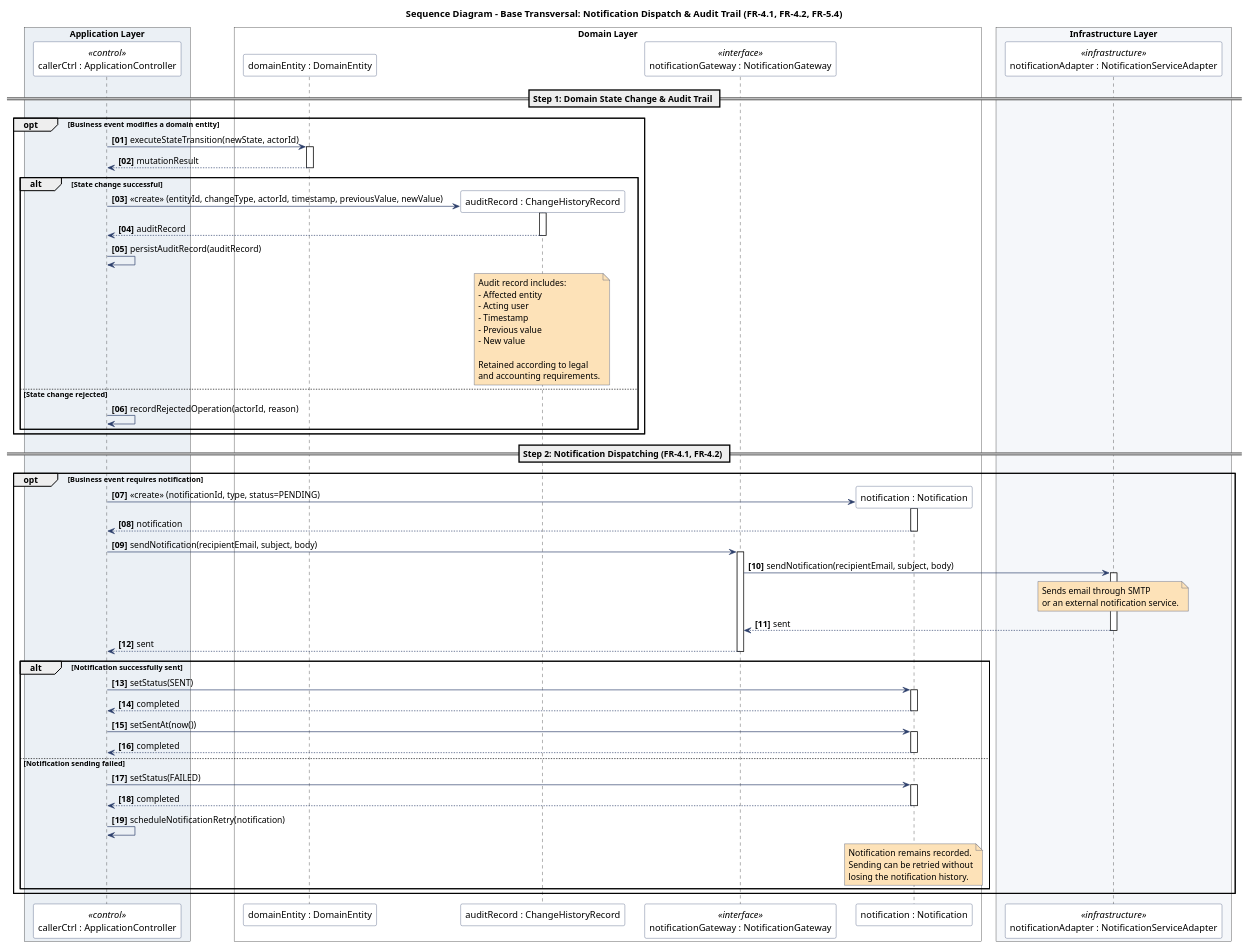
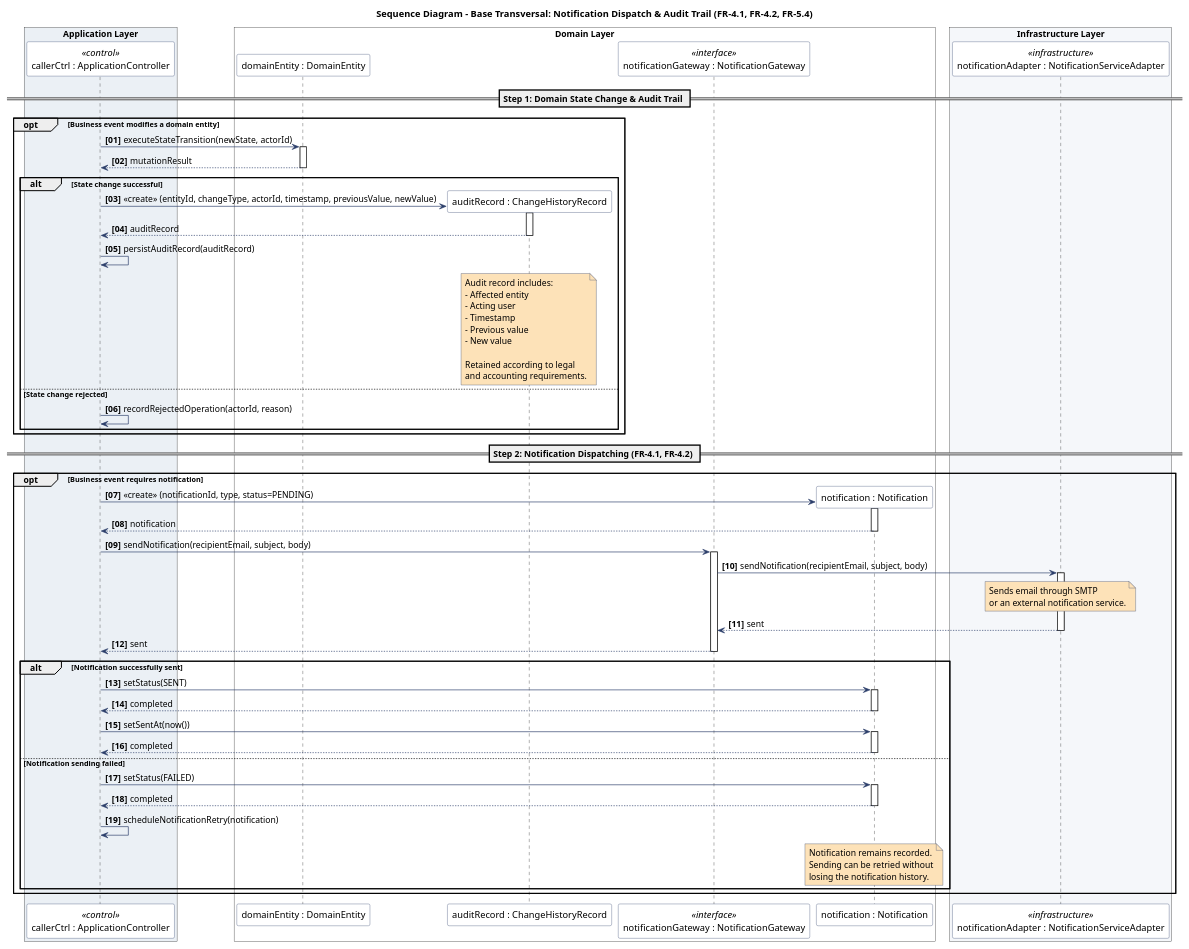
The diagram in doc/src/sequence-diagrams/SequenceDiagram-Base-Notification-Audit.pu (Sandunga-ADAProj/ada-project), drawn with PlantUML before and after one commit. The commit also changed 56 other files, not shown here.

Commit message:
Last fix of diagram rendering

```diff
--- a/doc/src/sequence-diagrams/SequenceDiagram-Base-Notification-Audit.pu
+++ b/doc/src/sequence-diagrams/SequenceDiagram-Base-Notification-Audit.pu
@@ -1,160 +1,159 @@
 @startuml
 skinparam boxPadding 10
-skinparam participantPadding 10
 
 ' Component/Participant styling
 skinparam participant {
     BackgroundColor #FFFFFF
     BorderColor #2B3E6A
     FontColor #000000
 }
 
 ' Arrow styling
 skinparam arrow {
     Color #2B3E6A
 }
 
 ' Note styling
 skinparam note {
     BackgroundColor #FDE2B8
     BorderColor #2B3E6A
     FontColor #000000
     FontName monospace
 }
 
 title Sequence Diagram - Base Transversal: Notification Dispatch & Audit Trail (FR-4.1, FR-4.2, FR-5.4)
 
 ' DS-BASE is a reusable sequence referenced by the other diagrams.
 ' ApplicationController and DomainEntity are generic placeholders,
 ' not concrete classes from the Class Diagram.
 ' ChangeHistoryRecord represents a persistent audit record.
 ' NotificationGateway is implemented by NotificationServiceAdapter.
 
 box "Application Layer" #EBF0F5
     ' <<abstract>> — stands for any concrete ApplicationController (see ComponentsDiagram)
     participant Ctrl as "callerCtrl : ApplicationController" <<control>>
 end box
 
 box "Domain Layer" #FFFFFF
     ' <<abstract>> — stands for any concrete domain entity (see ComponentsDiagram domain components)
     participant Entity as "domainEntity : DomainEntity"
     ' ChangeHistoryRecord: cross-cutting audit value object (see ComponentsDiagram note)
     participant Log as "auditRecord : ChangeHistoryRecord"
     ' NotificationGateway: domain port implemented by NotificationServiceAdapter (ComponentsDiagram)
     participant Notifier as "notificationGateway : NotificationGateway" <<interface>>
     ' Notification: dispatch record created before synchronous send
     participant Notif as "notification : Notification"
 end box
 
 box "Infrastructure Layer" #F5F7FA
     ' NotificationServiceAdapter implements NotificationGateway port (ComponentsDiagram)
     participant Adapter as "notificationAdapter : NotificationServiceAdapter" <<infrastructure>>
 end box
 
 ' --- SEQUENCE FLOW ---
 
 autonumber "<b>[00]</b>"
 
 
 == Step 1: Domain State Change & Audit Trail ==
 
 opt Business event modifies a domain entity
 
     Ctrl -> Entity : executeStateTransition(newState, actorId)
     activate Entity
 
     Entity --> Ctrl : mutationResult
     deactivate Entity
 
     alt State change successful
 
         create Log
         Ctrl -> Log : <<create>> (entityId, changeType, actorId, timestamp, previousValue, newValue)
         activate Log
 
         Log --> Ctrl : auditRecord
         deactivate Log
 
         Ctrl -> Ctrl : persistAuditRecord(auditRecord)
 
         note over Log
             Audit record includes:
             - Affected entity
             - Acting user
             - Timestamp
             - Previous value
             - New value
 
             Retained according to legal
             and accounting requirements.
         end note
 
     else State change rejected
 
         Ctrl -> Ctrl : recordRejectedOperation(actorId, reason)
 
     end
 
 end
 
 
 == Step 2: Notification Dispatching (FR-4.1, FR-4.2) ==
 
 opt Business event requires notification
 
     create Notif
     Ctrl -> Notif : <<create>> (notificationId, type, status=PENDING)
     activate Notif
     Notif --> Ctrl : notification
     deactivate Notif
 
     Ctrl -> Notifier : sendNotification(recipientEmail, subject, body)
     activate Notifier
 
     Notifier -> Adapter : sendNotification(recipientEmail, subject, body)
     activate Adapter
 
     note over Adapter
         Sends email through SMTP
         or an external notification service.
     end note
 
     Adapter --> Notifier : sent
     deactivate Adapter
 
     Notifier --> Ctrl : sent
     deactivate Notifier
 
     alt Notification successfully sent
 
         Ctrl -> Notif : setStatus(SENT)
         activate Notif
         Notif --> Ctrl : completed
         deactivate Notif
 
         Ctrl -> Notif : setSentAt(now())
         activate Notif
         Notif --> Ctrl : completed
         deactivate Notif
 
     else Notification sending failed
 
         Ctrl -> Notif : setStatus(FAILED)
         activate Notif
         Notif --> Ctrl : completed
         deactivate Notif
 
         Ctrl -> Ctrl : scheduleNotificationRetry(notification)
 
         note over Notif
             Notification remains recorded.
             Sending can be retried without
             losing the notification history.
         end note
 
     end
 
 end
 
 
 @enduml
```
